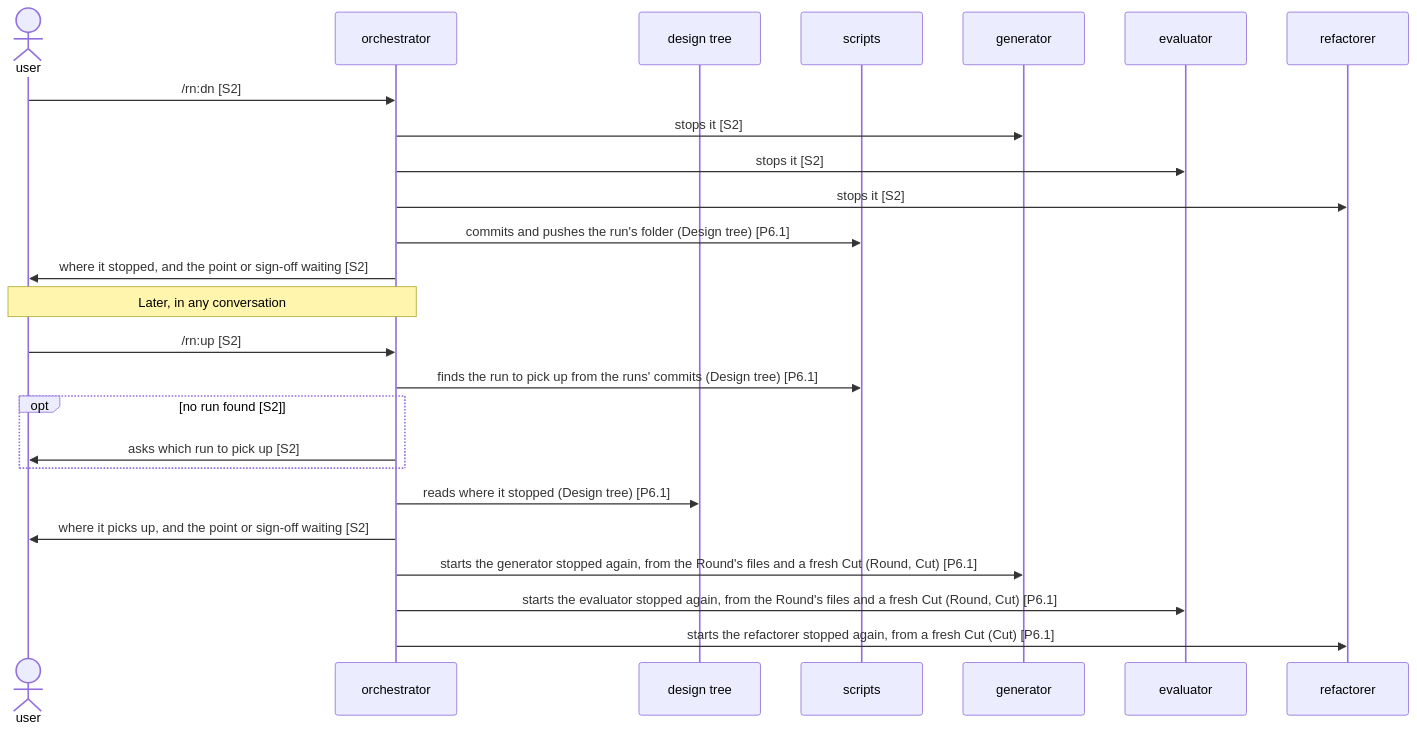
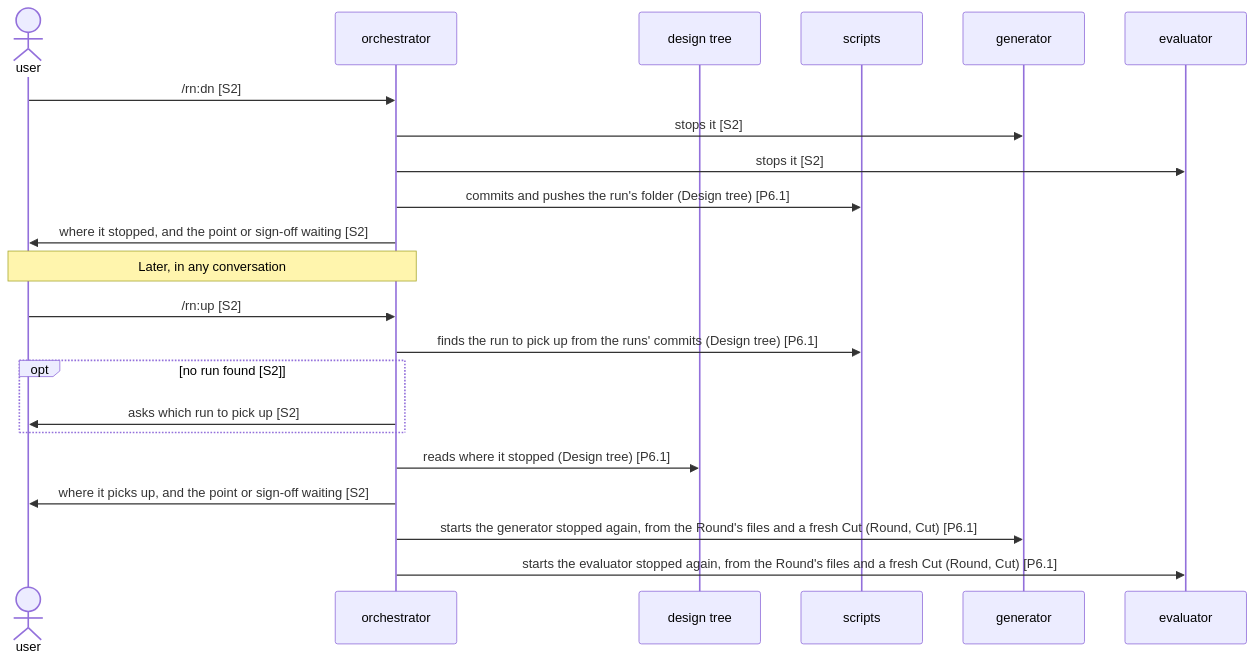
Before and after one commit to lovaizu/ccpm: the second of 2 diagrams in dev/rn/architecture.md, drawn with Mermaid. The commit also changed other lines of this file and 2 other files, not shown here.

````diff
--- a/dev/rn/architecture.md
+++ b/dev/rn/architecture.md
@@ -199,27 +196,24 @@
 ```mermaid
 sequenceDiagram
   actor U as user
   participant O as orchestrator
   participant T as design tree
   participant S as scripts
   participant G as generator
   participant E as evaluator
-  participant R as refactorer
   U->>O: /rn:dn [S2]
   O->>G: stops it [S2]
   O->>E: stops it [S2]
-  O->>R: stops it [S2]
   O->>S: commits and pushes the run's folder (Design tree) [P6.1]
   O->>U: where it stopped, and the point or sign-off waiting [S2]
   Note over U,O: Later, in any conversation
   U->>O: /rn:up [S2]
   O->>S: finds the run to pick up from the runs' commits (Design tree) [P6.1]
   opt no run found [S2]
     O->>U: asks which run to pick up [S2]
   end
   O->>T: reads where it stopped (Design tree) [P6.1]
   O->>U: where it picks up, and the point or sign-off waiting [S2]
   O->>G: starts the generator stopped again, from the Round's files and a fresh Cut (Round, Cut) [P6.1]
   O->>E: starts the evaluator stopped again, from the Round's files and a fresh Cut (Round, Cut) [P6.1]
-  O->>R: starts the refactorer stopped again, from a fresh Cut (Cut) [P6.1]
 ```
````
